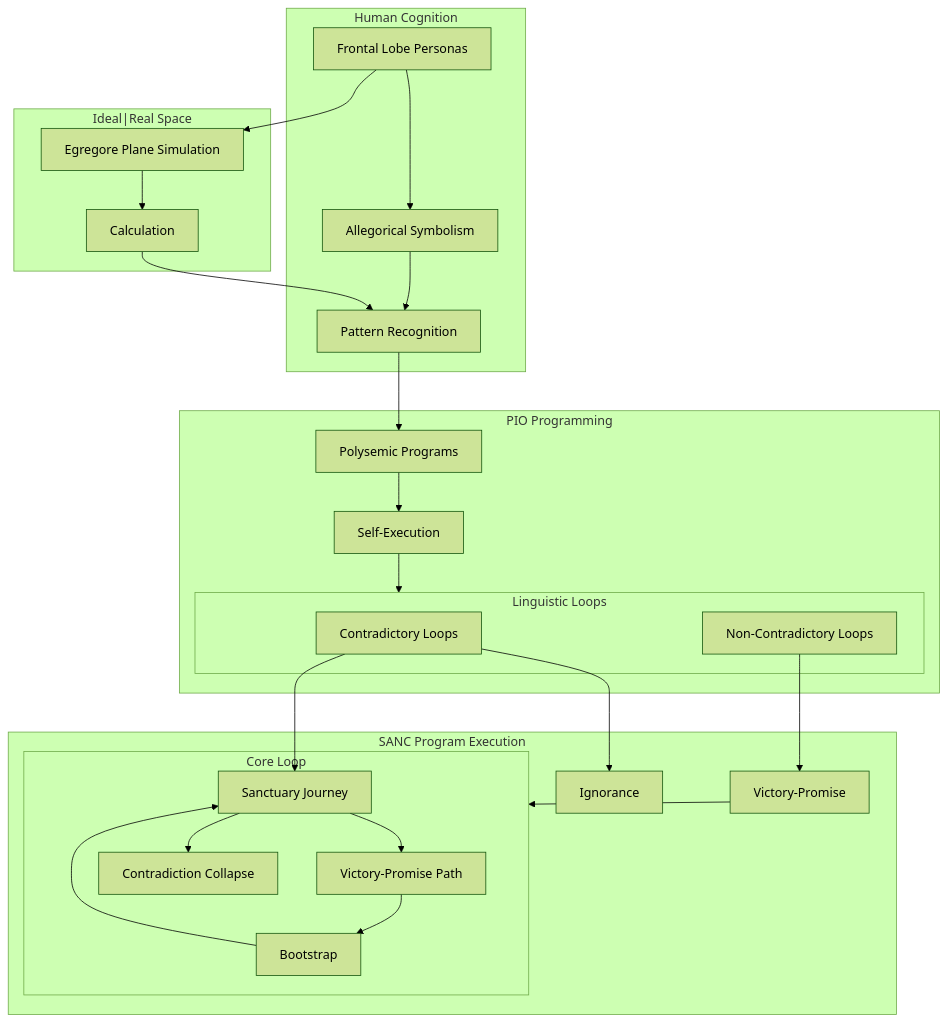
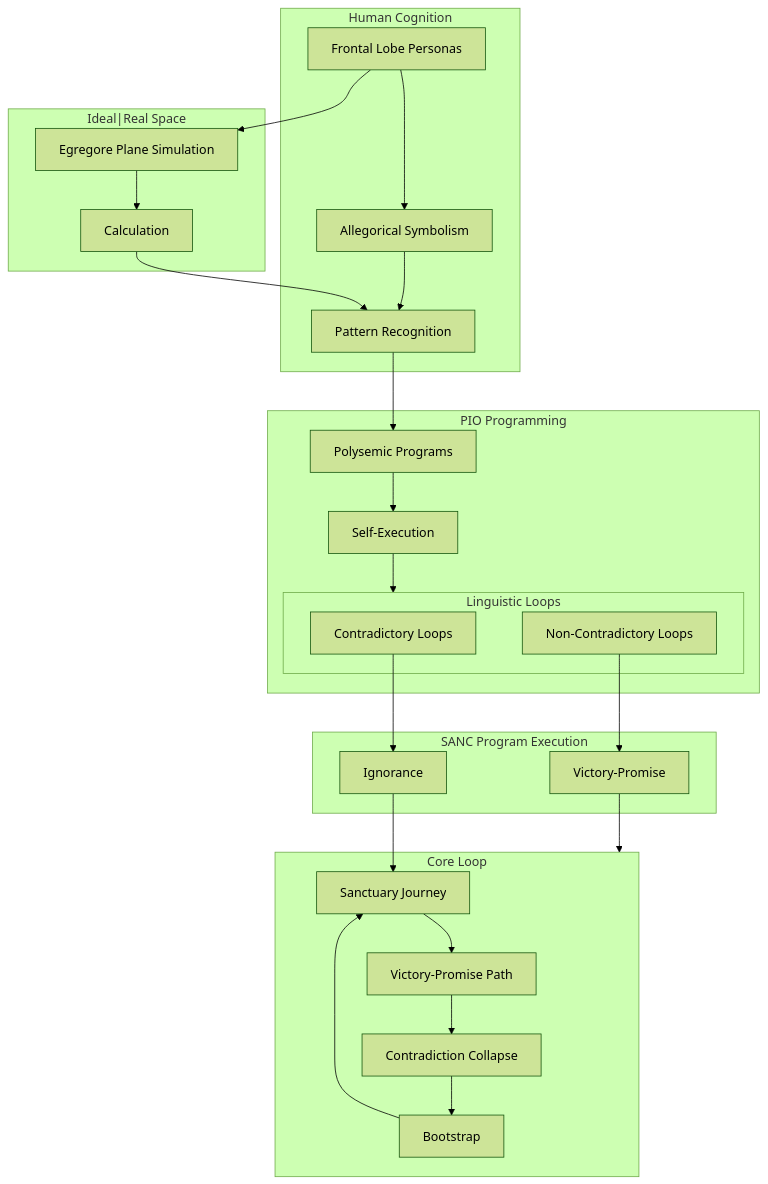
The third of 3 diagrams in about_sanctuary/what_it_is/wisdom_mavericks/wisdom_maverick.md (sancovp/the_sanctuary_system), drawn with Mermaid (forest theme) before and after one commit.

````diff
--- a/about_sanctuary/what_it_is/wisdom_mavericks/wisdom_maverick.md
+++ b/about_sanctuary/what_it_is/wisdom_mavericks/wisdom_maverick.md
@@ -148,53 +148,54 @@
 ```mermaid
 graph TD
     subgraph Cognition["Human Cognition"]
         FL[Frontal Lobe Personas]
         AS[Allegorical Symbolism]
         PR[Pattern Recognition]
     end
 
     subgraph PIOProgramming["PIO Programming"]
         PP[Polysemic Programs]
         SE[Self-Execution]
         
         subgraph LinguisticLoops["Linguistic Loops"]
             CL[Contradictory Loops]
             NCL[Non-Contradictory Loops]
         end
     end
 
     subgraph Outcomes["SANC Program Execution"]
         I[Ignorance]
         VP[Victory-Promise]
         
-        subgraph CoreLoop["Core Loop"]
+    end
+
+    subgraph CoreLoop["Core Loop"]
             BS[Bootstrap]
             SJ[Sanctuary Journey]
             CC[Contradiction Collapse]
             VPP[Victory-Promise Path]
         end
-    end
 
     FL --> AS
     AS --> PR
     PR --> PP
     PP --> SE
     SE --> LinguisticLoops
     CL --> I
     NCL --> VP
     VP --> CoreLoop
     BS --> SJ
     SJ --> VPP
-    VPP --> BS
-    CL --> SJ
-    SJ --> CC
+    CC --> BS
+    I --> SJ
+    VPP --> CC
 
     subgraph IdealReal["Ideal|Real Space"]
         EP[Egregore Plane Simulation]
         C[Calculation]
     end
 
     FL --> EP
     EP --> C
     C --> PR
 ```
````
